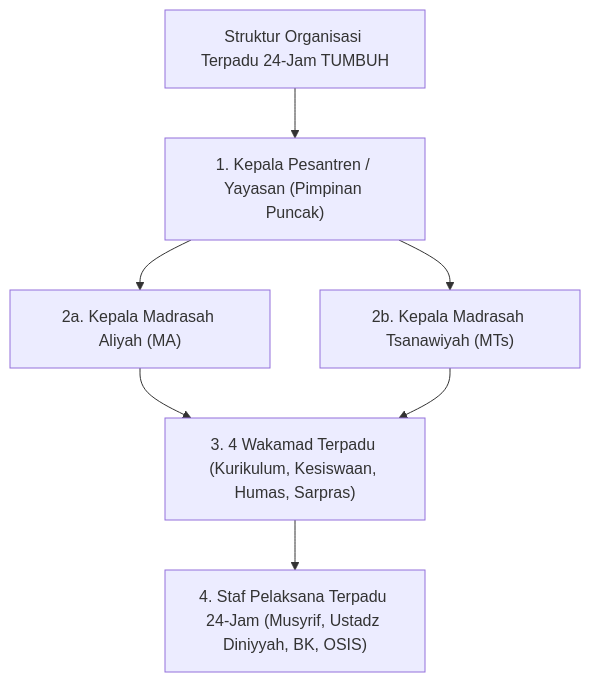
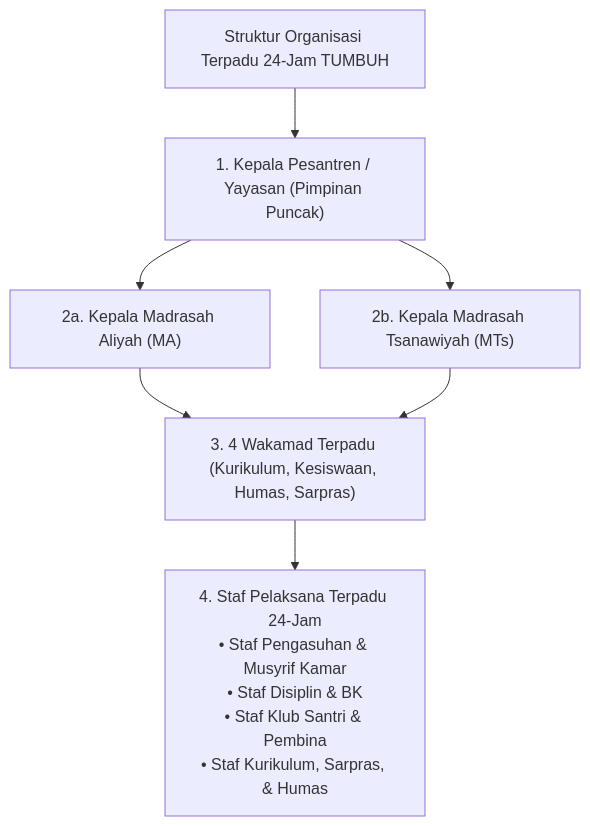
One commit to wandiapriliyandi/tumbuh changed the first of 2 diagrams in 07 Implementation Framework/Jurnal-Monograf-Riset-Struktur-Terpadu-Pengasuhan.md. Above: the diagram before and after it, drawn with Mermaid. The commit also changed other lines of this file and 3 other files, not shown here.

Commit message:
feat: enrich pengasuhan, BK, OSIS, & 24h curriculum operational details from source/Sistem-Baru-Pembinaan-Santri.md

````diff
--- a/07 Implementation Framework/Jurnal-Monograf-Riset-Struktur-Terpadu-Pengasuhan.md
+++ b/07 Implementation Framework/Jurnal-Monograf-Riset-Struktur-Terpadu-Pengasuhan.md
@@ -26,10 +26,10 @@
 ```mermaid
 graph TD
     IntegratedOrg["Struktur Organisasi Terpadu 24-Jam TUMBUH"]
     IntegratedOrg --> Pimpinan["1. Kepala Pesantren / Yayasan (Pimpinan Puncak)"]
     Pimpinan --> KMA["2a. Kepala Madrasah Aliyah (MA)"]
     Pimpinan --> KMTS["2b. Kepala Madrasah Tsanawiyah (MTs)"]
     KMA --> WakamadGroup["3. 4 Wakamad Terpadu (Kurikulum, Kesiswaan, Humas, Sarpras)"]
     KMTS --> WakamadGroup
-    WakamadGroup --> StafPelaksana["4. Staf Pelaksana Terpadu 24-Jam (Musyrif, Ustadz Diniyyah, BK, OSIS)"]
+    WakamadGroup --> StafPelaksana["4. Staf Pelaksana Terpadu 24-Jam<br/>• Staf Pengasuhan & Musyrif Kamar<br/>• Staf Disiplin & BK<br/>• Staf Klub Santri & Pembina<br/>• Staf Kurikulum, Sarpras, & Humas"]
 ```
````
